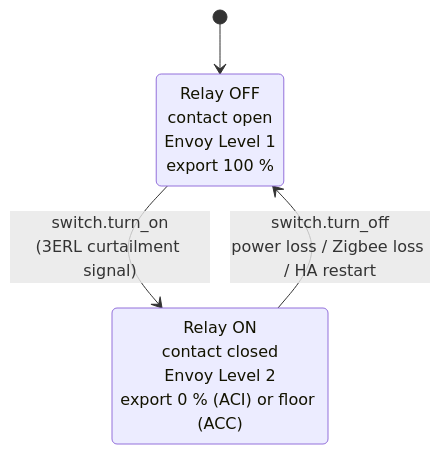
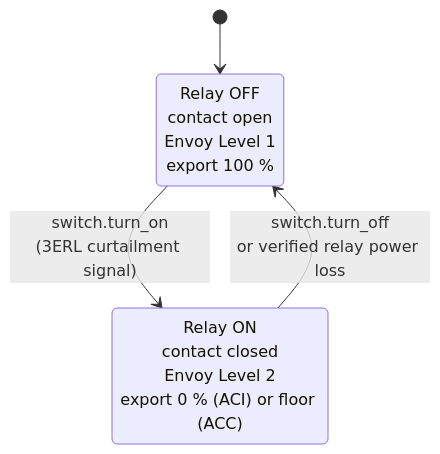
Before and after one commit to gounick/ha-zero-inject-3erl: the second of 2 diagrams in docs/how-to/wire-the-relay.md, drawn with Mermaid. The commit also changed other lines of this file and 60 other files, not shown here.

````diff
--- a/docs/how-to/wire-the-relay.md
+++ b/docs/how-to/wire-the-relay.md
@@ -66,8 +66,8 @@
 ```mermaid
 stateDiagram-v2
     [*] --> Open
     Open: Relay OFF<br/>contact open<br/>Envoy Level 1<br/>export 100 %
     Closed: Relay ON<br/>contact closed<br/>Envoy Level 2<br/>export 0 % (ACI) or floor (ACC)
     Open --> Closed: switch.turn_on<br/>(3ERL curtailment signal)
-    Closed --> Open: switch.turn_off<br/>power loss / Zigbee loss / HA restart
+    Closed --> Open: switch.turn_off<br/>or verified relay power loss
 ```
````
